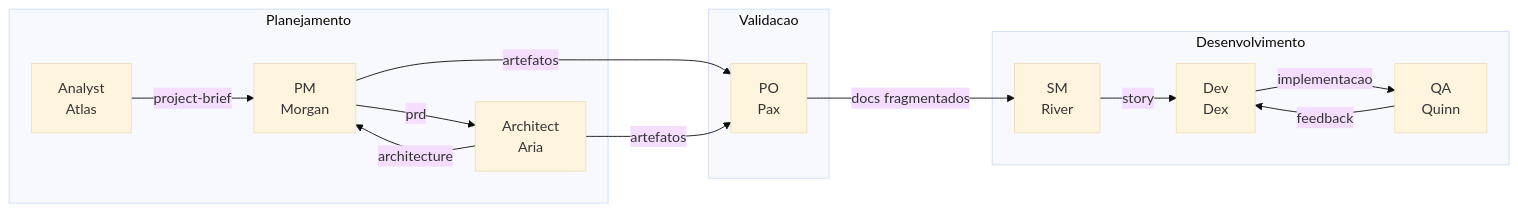
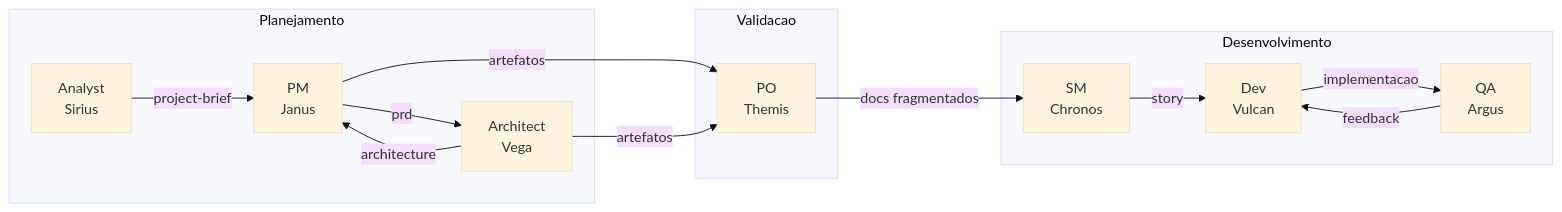
The third of 4 diagrams in docs/guides/workflows/GREENFIELD-SERVICE-WORKFLOW.md (CyryxLabs/AEXOS), drawn with Mermaid (base theme) before and after one commit. The commit also changed 528 other files, not shown here.

````diff
--- a/docs/guides/workflows/GREENFIELD-SERVICE-WORKFLOW.md
+++ b/docs/guides/workflows/GREENFIELD-SERVICE-WORKFLOW.md
@@ -428,28 +428,28 @@
 ```mermaid
 graph LR
     subgraph Planejamento
-        AN[Analyst<br/>Atlas]
-        PM[PM<br/>Morgan]
-        AR[Architect<br/>Aria]
+        AN[Analyst<br/>Sirius]
+        PM[PM<br/>Janus]
+        AR[Architect<br/>Vega]
     end
 
     subgraph Validacao
-        PO[PO<br/>Pax]
+        PO[PO<br/>Themis]
     end
 
     subgraph Desenvolvimento
-        SM[SM<br/>River]
-        DEV[Dev<br/>Dex]
-        QA[QA<br/>Quinn]
+        SM[SM<br/>Chronos]
+        DEV[Dev<br/>Vulcan]
+        QA[QA<br/>Argus]
     end
 
     AN -->|project-brief| PM
     PM -->|prd| AR
     AR -->|architecture| PM
     PM -->|artefatos| PO
     AR -->|artefatos| PO
     PO -->|docs fragmentados| SM
     SM -->|story| DEV
     DEV -->|implementacao| QA
     QA -->|feedback| DEV
 ```
````
